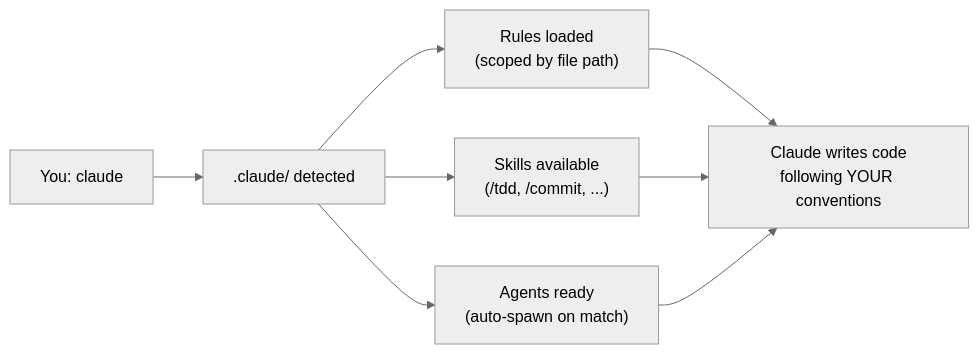
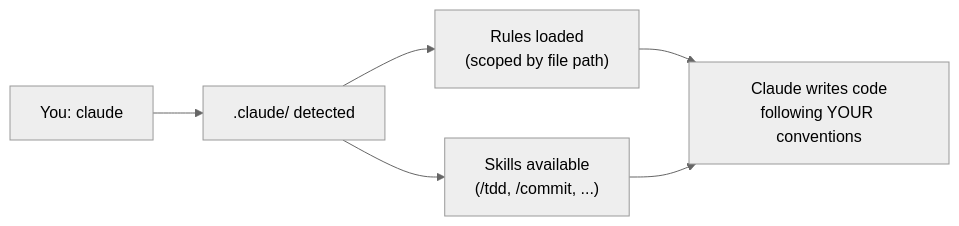
The first of 3 diagrams in README.md (Hedgehogues/awesome-claude), drawn with Mermaid (neutral theme) before and after one commit. The commit also changed other lines of this file and 3 other files, not shown here.

````diff
--- a/README.md
+++ b/README.md
@@ -65,10 +63,8 @@
 ```mermaid
 graph LR
     A["You: claude"] --> B[".claude/ detected"]
     B --> C["Rules loaded<br/>(scoped by file path)"]
     B --> D["Skills available<br/>(/tdd, /commit, ...)"]
-    B --> E["Agents ready<br/>(auto-spawn on match)"]
     C --> F["Claude writes code<br/>following YOUR conventions"]
     D --> F
-    E --> F
 ```
````
